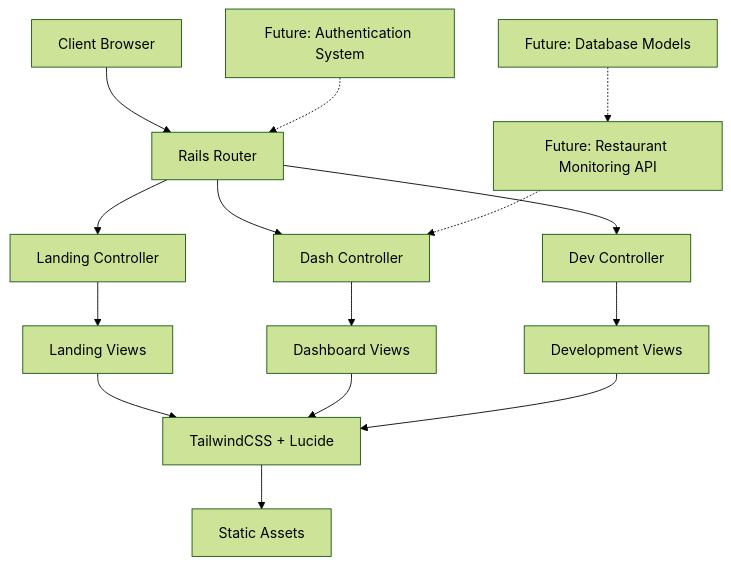
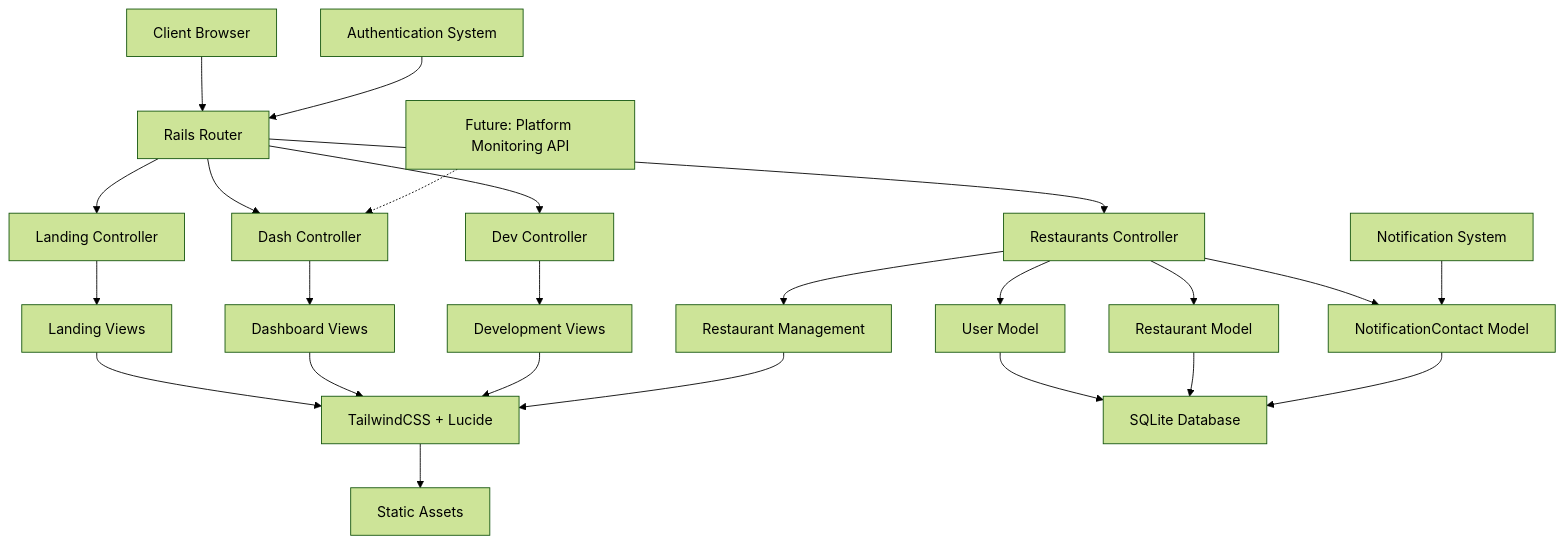
The diagram in ai_docs/development/project_architecture_v3.md (mazur-exp/TrackerDelivery), drawn with Mermaid (forest theme) before and after one commit. The commit also changed other lines of this file and 19 other files, not shown here.

````diff
--- a/ai_docs/development/project_architecture_v3.md
+++ b/ai_docs/development/project_architecture_v3.md
@@ -24,21 +24,32 @@
 ```mermaid
 graph TB
     A[Client Browser] --> B[Rails Router]
     B --> C[Landing Controller]
     B --> D[Dash Controller] 
     B --> E[Dev Controller]
+    B --> F[Restaurants Controller]
     
-    C --> F[Landing Views]
-    D --> G[Dashboard Views]
-    E --> H[Development Views]
+    C --> G[Landing Views]
+    D --> H[Dashboard Views]
+    E --> I[Development Views]
+    F --> J[Restaurant Management]
     
-    F --> I[TailwindCSS + Lucide]
-    G --> I
-    H --> I
+    G --> K[TailwindCSS + Lucide]
+    H --> K
+    I --> K
+    J --> K
     
-    I --> J[Static Assets]
+    K --> L[Static Assets]
     
-    K[Future: Restaurant Monitoring API] -.-> D
-    L[Future: Authentication System] -.-> B
-    M[Future: Database Models] -.-> K
+    F --> M[User Model]
+    F --> N[Restaurant Model]
+    F --> O[NotificationContact Model]
+    
+    M --> P[SQLite Database]
+    N --> P
+    O --> P
+    
+    Q[Future: Platform Monitoring API] -.-> D
+    R[Authentication System] --> B
+    S[Notification System] --> O
 ```
````
